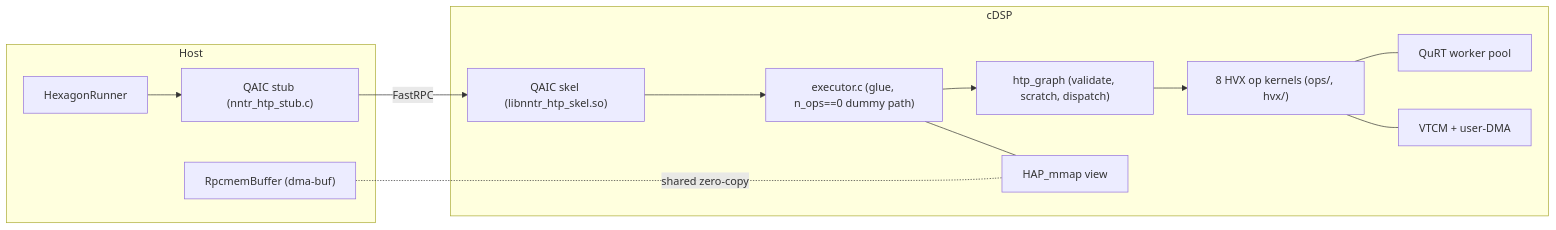
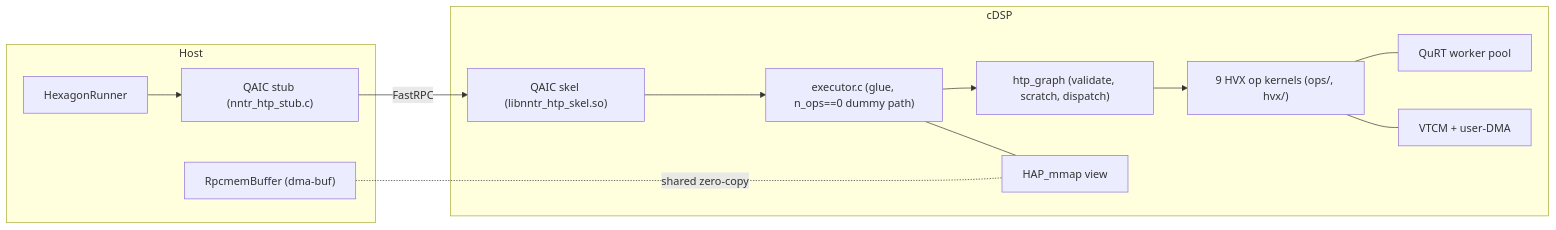
Before and after one commit to dlwlzzero/nntrainer: the diagram in docs/backend_guide/HEXAGON.md, drawn with Mermaid. The commit also changed other lines of this file, not shown here.

````diff
--- a/docs/backend_guide/HEXAGON.md
+++ b/docs/backend_guide/HEXAGON.md
@@ -41,26 +19,26 @@
 ```mermaid
 graph LR
   subgraph Host
     runner["HexagonRunner"]
     stub["QAIC stub (nntr_htp_stub.c)"]
     rbuf["RpcmemBuffer (dma-buf)"]
     runner --> stub
   end
   subgraph cDSP
     skel["QAIC skel (libnntr_htp_skel.so)"]
     exec["executor.c (glue, n_ops==0 dummy path)"]
     graphx["htp_graph (validate, scratch, dispatch)"]
-    ops["8 HVX op kernels (ops/, hvx/)"]
+    ops["9 HVX op kernels (ops/, hvx/)"]
     wp["QuRT worker pool"]
     vtcm["VTCM + user-DMA"]
     hmap["HAP_mmap view"]
     skel --> exec
     exec --> graphx
     graphx --> ops
     ops --- wp
     ops --- vtcm
     exec --- hmap
   end
   stub -->|FastRPC| skel
   rbuf -.-|shared zero-copy| hmap
 ```
````
